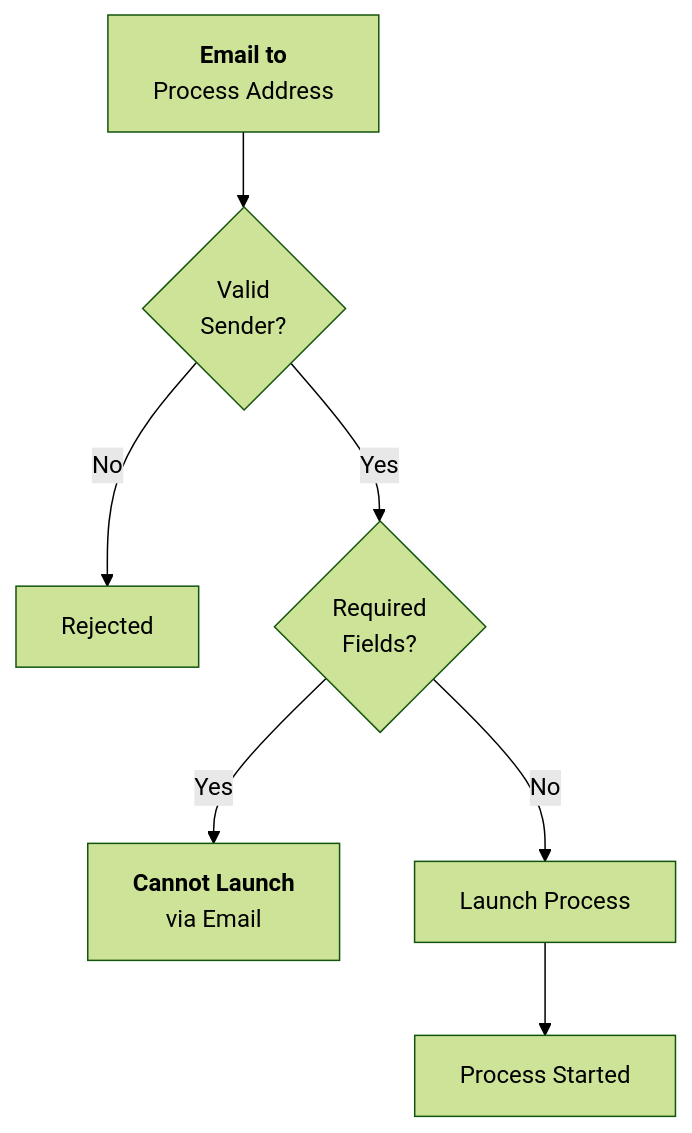
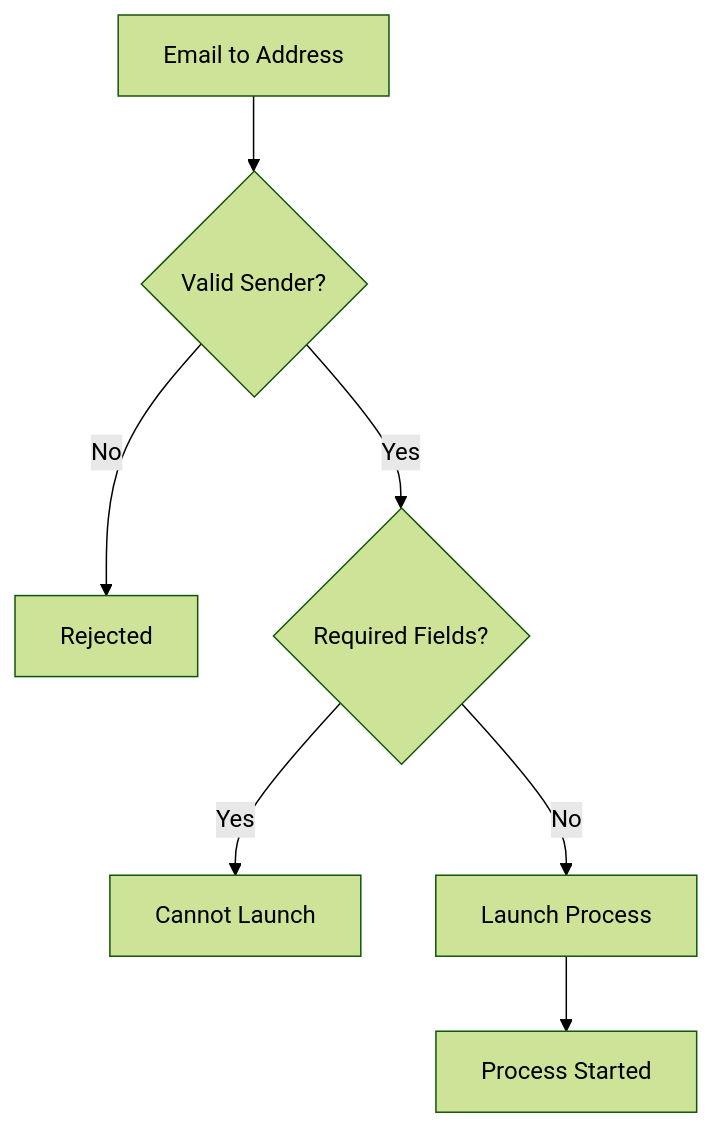
Before and after one commit to tallyfy/documentation: the diagram in src/content/docs/pro/launching/triggers/via-email.mdx, drawn with Mermaid (forest theme). The commit also changed 3 other files, not shown here.

````diff
--- a/src/content/docs/pro/launching/triggers/via-email.mdx
+++ b/src/content/docs/pro/launching/triggers/via-email.mdx
@@ -57,17 +57,15 @@
 ```mermaid
 flowchart TD
-    Email["`**Email to**
-Process Address`"] --> Validate{Valid<br/>Sender?}
+    Email[Email to Address] --> Validate{Valid Sender?}
     
-    Validate -->|"`No`"| Reject[Rejected]
-    Validate -->|"`Yes`"| Check{Required<br/>Fields?}
+    Validate -->|No| Reject[Rejected]
+    Validate -->|Yes| Check{Required Fields?}
     
-    Check -->|"`Yes`"| Fail["`**Cannot Launch**
-via Email`"]
-    Check -->|"`No`"| Launch[Launch Process]
+    Check -->|Yes| Fail[Cannot Launch]
+    Check -->|No| Launch[Launch Process]
     
     Launch --> Notify[Process Started]
     
     click Validate "/products/pro/documenting/members/index/" "Learn about member management"
     click Check "/products/pro/launching/triggers/kick-off-forms/" "Understanding kick-off forms"
 ```
````
